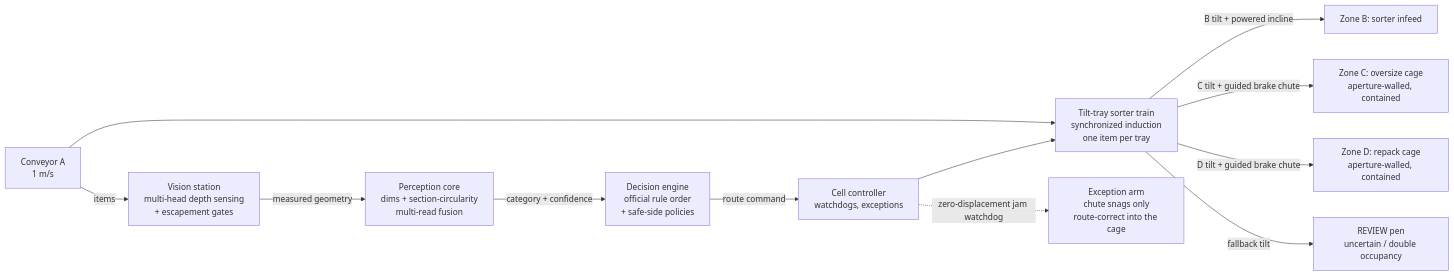
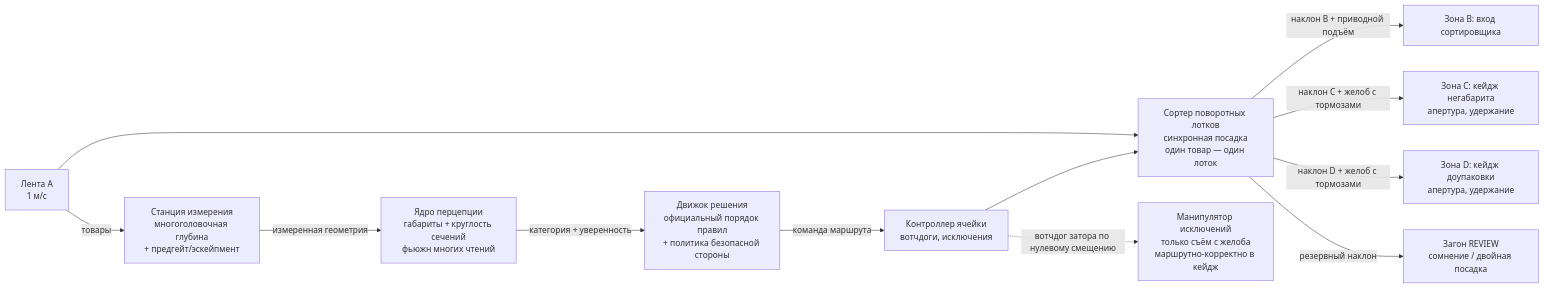
Before and after one commit to richizam/ozone-tech_yosolo_487: the diagram in README.md, drawn with Mermaid. The commit also changed other lines of this file and 3 other files, not shown here.

````diff
--- a/README.md
+++ b/README.md
@@ -32,14 +32,14 @@
 ```mermaid
 flowchart LR
-    A[Conveyor A<br/>1 m/s] -->|items| VS[Vision station<br/>multi-head depth sensing<br/>+ escapement gates]
-    VS -->|measured geometry| PC[Perception core<br/>dims + section-circularity<br/>multi-read fusion]
-    PC -->|category + confidence| DE[Decision engine<br/>official rule order<br/>+ safe-side policies]
-    DE -->|route command| CTRL[Cell controller<br/>watchdogs, exceptions]
-    A --> TT[Tilt-tray sorter train<br/>synchronized induction<br/>one item per tray]
+    A[Лента A<br/>1 м/с] -->|товары| VS[Станция измерения<br/>многоголовочная глубина<br/>+ предгейт/эскейпмент]
+    VS -->|измеренная геометрия| PC[Ядро перцепции<br/>габариты + круглость сечений<br/>фьюжн многих чтений]
+    PC -->|категория + уверенность| DE[Движок решения<br/>официальный порядок правил<br/>+ политика безопасной стороны]
+    DE -->|команда маршрута| CTRL[Контроллер ячейки<br/>вотчдоги, исключения]
+    A --> TT[Сортер поворотных лотков<br/>синхронная посадка<br/>один товар — один лоток]
     CTRL --> TT
-    TT -->|B tilt + powered incline| B[Zone B: sorter infeed]
-    TT -->|C tilt + guided brake chute| C[Zone C: oversize cage<br/>aperture-walled, contained]
-    TT -->|D tilt + guided brake chute| D[Zone D: repack cage<br/>aperture-walled, contained]
-    TT -->|fallback tilt| R[REVIEW pen<br/>uncertain / double occupancy]
-    CTRL -.zero-displacement jam watchdog.-> ARM[Exception arm<br/>chute snags only<br/>route-correct into the cage]
+    TT -->|наклон B + приводной подъём| B[Зона B: вход сортировщика]
+    TT -->|наклон C + желоб с тормозами| C[Зона C: кейдж негабарита<br/>апертура, удержание]
+    TT -->|наклон D + желоб с тормозами| D[Зона D: кейдж доупаковки<br/>апертура, удержание]
+    TT -->|резервный наклон| R[Загон REVIEW<br/>сомнение / двойная посадка]
+    CTRL -.вотчдог затора по нулевому смещению.-> ARM[Манипулятор исключений<br/>только съём с желоба<br/>маршрутно-корректно в кейдж]
 ```
````
